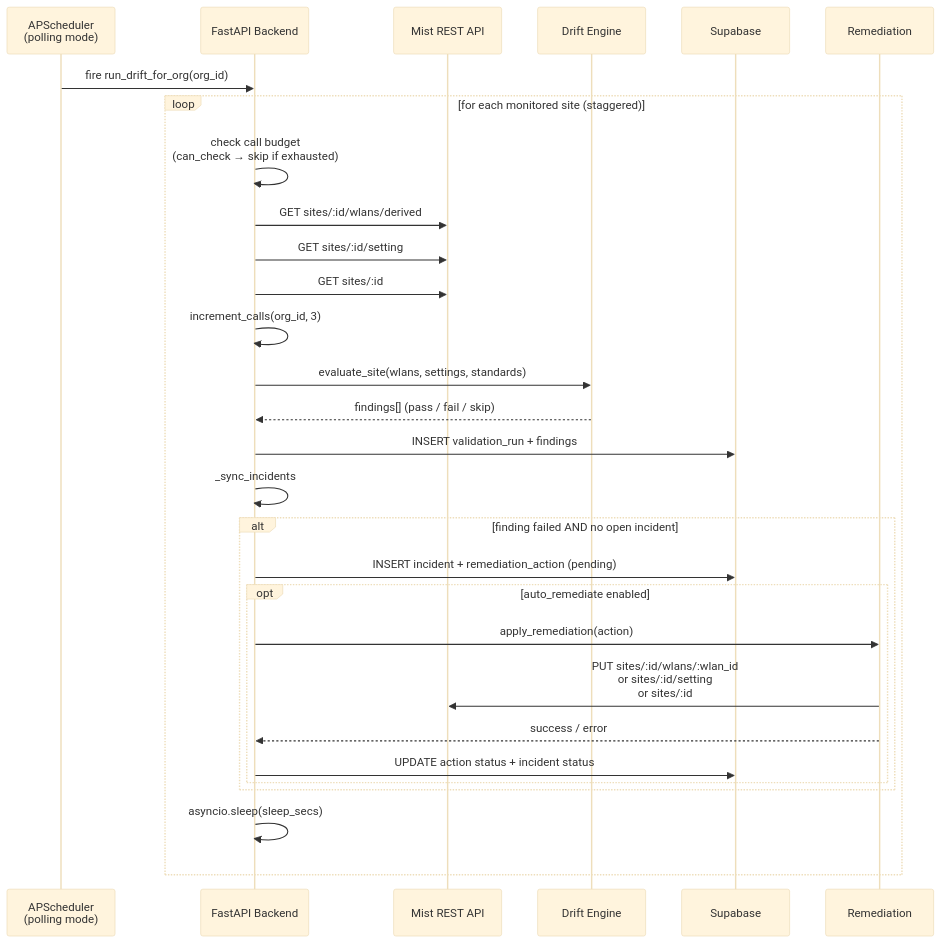
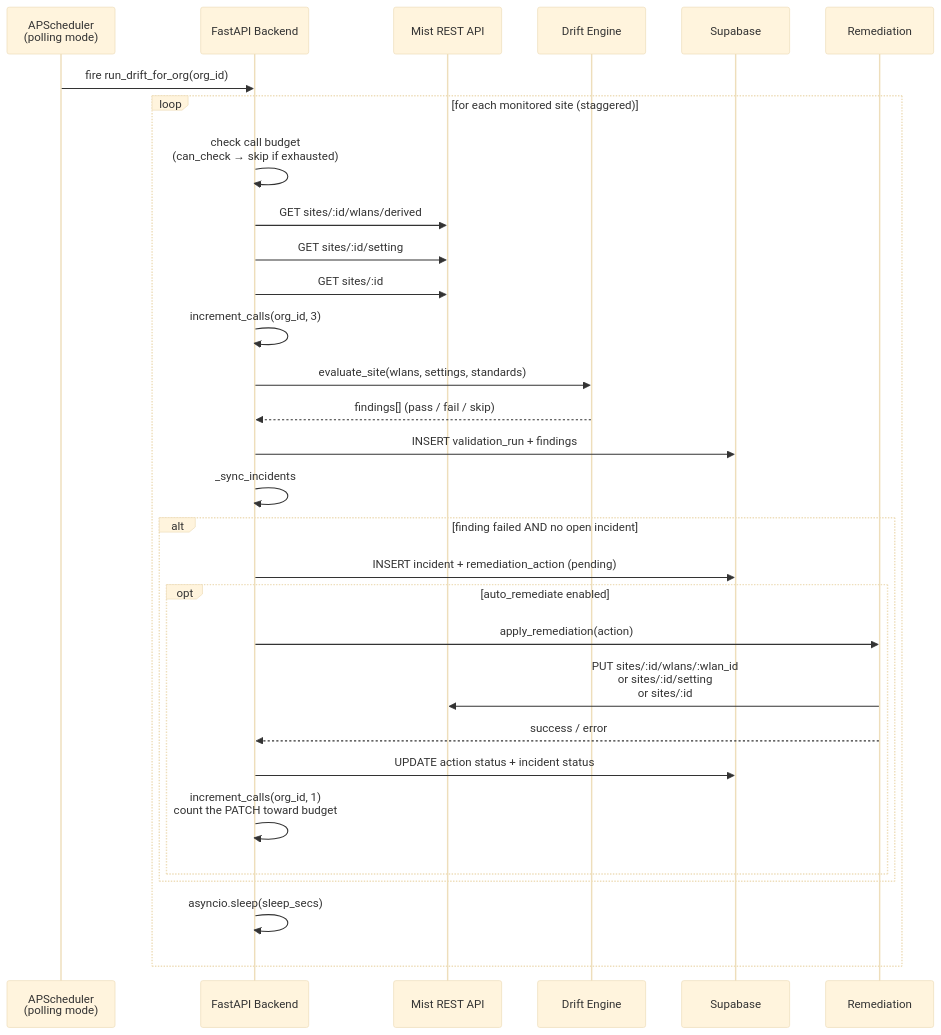
The second of 3 diagrams in docs/ARCHITECTURE.md (robb404/mist_config_assurance), drawn with Mermaid (base theme) before and after one commit. The commit also changed other lines of this file and 1 other file, not shown here.

````diff
--- a/docs/ARCHITECTURE.md
+++ b/docs/ARCHITECTURE.md
@@ -62,32 +62,33 @@
 ```mermaid
 sequenceDiagram
   participant Sched as APScheduler<br/>(polling mode)
   participant BE as FastAPI Backend
   participant Mist as Mist REST API
   participant Eng as Drift Engine
   participant DB as Supabase
   participant Rem as Remediation
 
   Sched->>BE: fire run_drift_for_org(org_id)
   loop for each monitored site (staggered)
     BE->>BE: check call budget<br/>(can_check → skip if exhausted)
     BE->>Mist: GET sites/:id/wlans/derived
     BE->>Mist: GET sites/:id/setting
     BE->>Mist: GET sites/:id
     BE->>BE: increment_calls(org_id, 3)
     BE->>Eng: evaluate_site(wlans, settings, standards)
     Eng-->>BE: findings[] (pass / fail / skip)
     BE->>DB: INSERT validation_run + findings
     BE->>BE: _sync_incidents
     alt finding failed AND no open incident
       BE->>DB: INSERT incident + remediation_action (pending)
       opt auto_remediate enabled
         BE->>Rem: apply_remediation(action)
         Rem->>Mist: PUT sites/:id/wlans/:wlan_id<br/>or sites/:id/setting<br/>or sites/:id
         Rem-->>BE: success / error
         BE->>DB: UPDATE action status + incident status
+        BE->>BE: increment_calls(org_id, 1)<br/>count the PATCH toward budget
       end
     end
     BE->>BE: asyncio.sleep(sleep_secs)
   end
 ```
````
